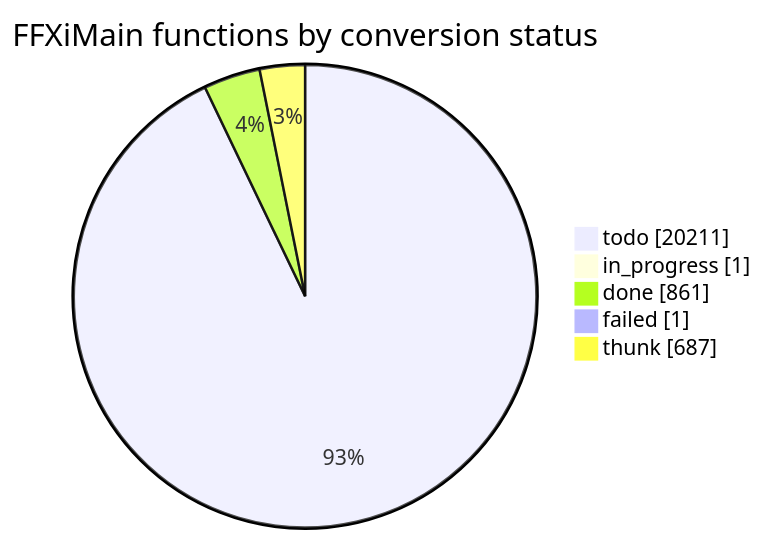
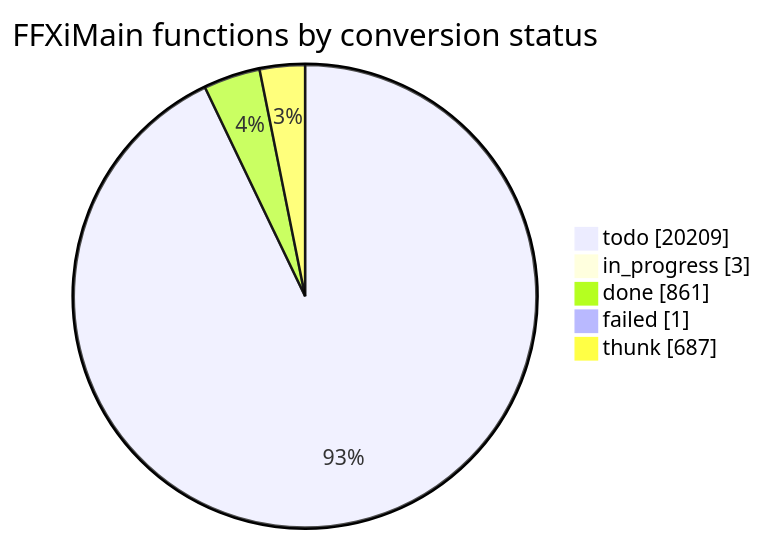
Before and after one commit to cowrevenge/cow_kuluu_xi_anything: the diagram in docs/cow/STATUS.md, drawn with Mermaid. The commit also changed other lines of this file and 6 other files, not shown here.

````diff
--- a/docs/cow/STATUS.md
+++ b/docs/cow/STATUS.md
@@ -18,9 +18,9 @@
 ```mermaid
 pie showData
     title FFXiMain functions by conversion status
-    "todo" : 20211
-    "in_progress" : 1
+    "todo" : 20209
+    "in_progress" : 3
     "done" : 861
     "failed" : 1
     "thunk" : 687
 ```
````
